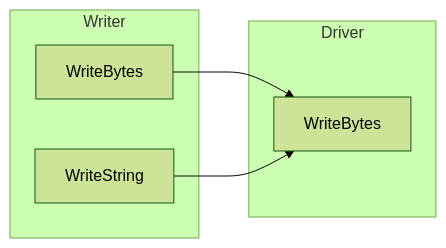
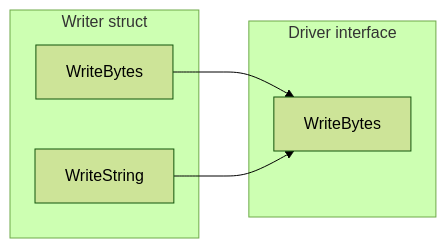
Before and after one commit to abhinav/presentation-go-patterns-2022: the third of 3 diagrams in pattern-iface-driver.adoc, drawn with Mermaid (forest theme). The commit also changed other lines of this file and 35 other files, not shown here.

```diff
--- a/pattern-iface-driver.adoc
+++ b/pattern-iface-driver.adoc
@@ -58,14 +72,14 @@
 [mermaid,data-id=img]
 ....
 flowchart LR
-  subgraph Writer
+  subgraph "Writer struct"
     WriteBytesOut[WriteBytes]
     WriteString
   end
 
-  subgraph Driver
+  subgraph "Driver interface"
     WriteBytes
   end
 
   WriteBytesOut & WriteString --> WriteBytes
 ....
```
